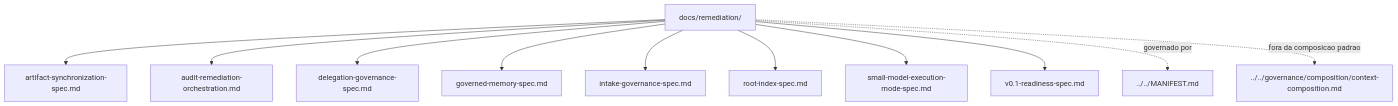
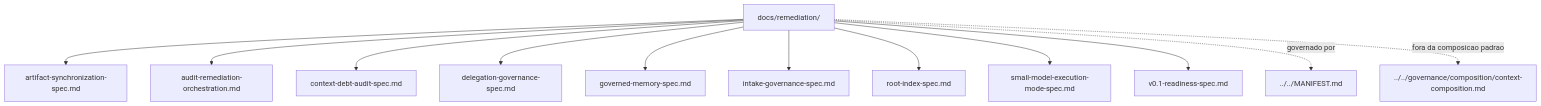
Before and after one commit to moreira-and/agent-ops: the diagram in docs/remediation/README.md, drawn with Mermaid. The commit also changed other lines of this file and 17 other files, not shown here.

````diff
--- a/docs/remediation/README.md
+++ b/docs/remediation/README.md
@@ -69,14 +70,15 @@
 ```mermaid
 flowchart TD
     current["docs/remediation/"]
     current --> n1["artifact-synchronization-spec.md"]
     current --> n2["audit-remediation-orchestration.md"]
-    current --> n3["delegation-governance-spec.md"]
-    current --> n4["governed-memory-spec.md"]
-    current --> n5["intake-governance-spec.md"]
-    current --> n6["root-index-spec.md"]
-    current --> n7["small-model-execution-mode-spec.md"]
-    current --> n8["v0.1-readiness-spec.md"]
-    current -. "governado por" .-> n9["../../MANIFEST.md"]
-    current -. "fora da composicao padrao" .-> n10["../../governance/composition/context-composition.md"]
+    current --> n3["context-debt-audit-spec.md"]
+    current --> n4["delegation-governance-spec.md"]
+    current --> n5["governed-memory-spec.md"]
+    current --> n6["intake-governance-spec.md"]
+    current --> n7["root-index-spec.md"]
+    current --> n8["small-model-execution-mode-spec.md"]
+    current --> n9["v0.1-readiness-spec.md"]
+    current -. "governado por" .-> n10["../../MANIFEST.md"]
+    current -. "fora da composicao padrao" .-> n11["../../governance/composition/context-composition.md"]
 ```
````
